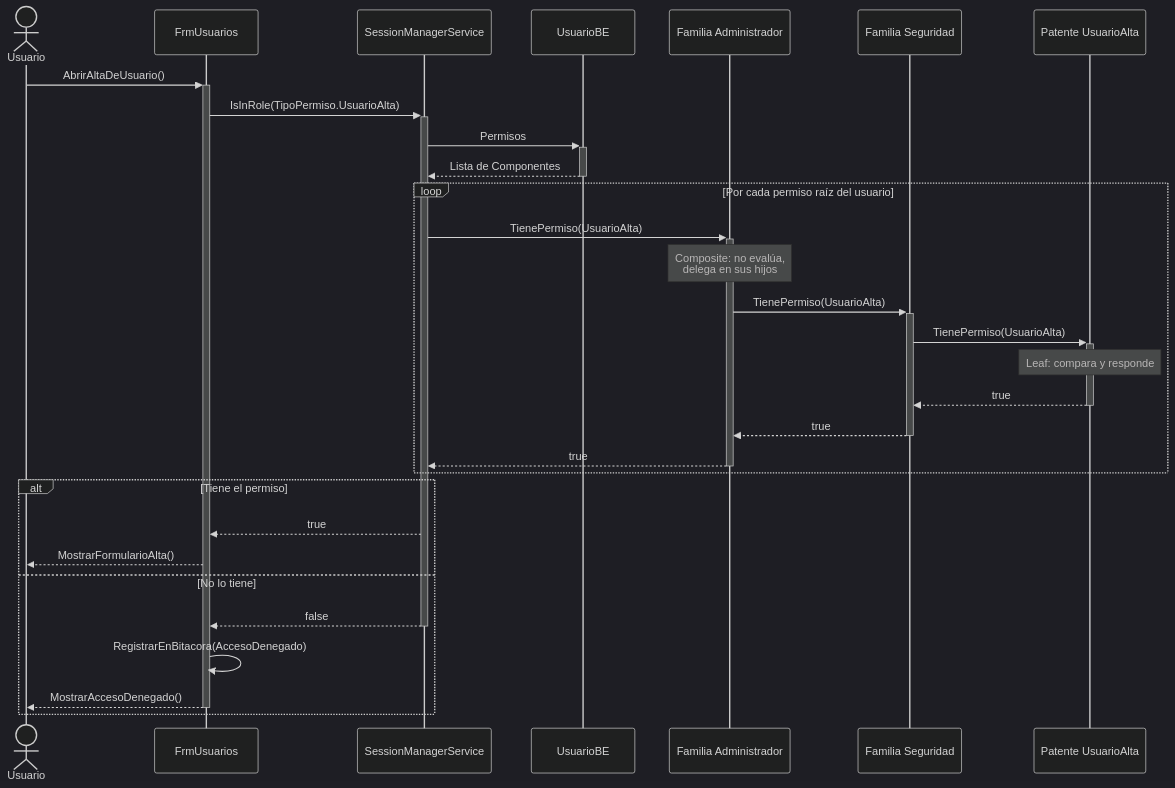
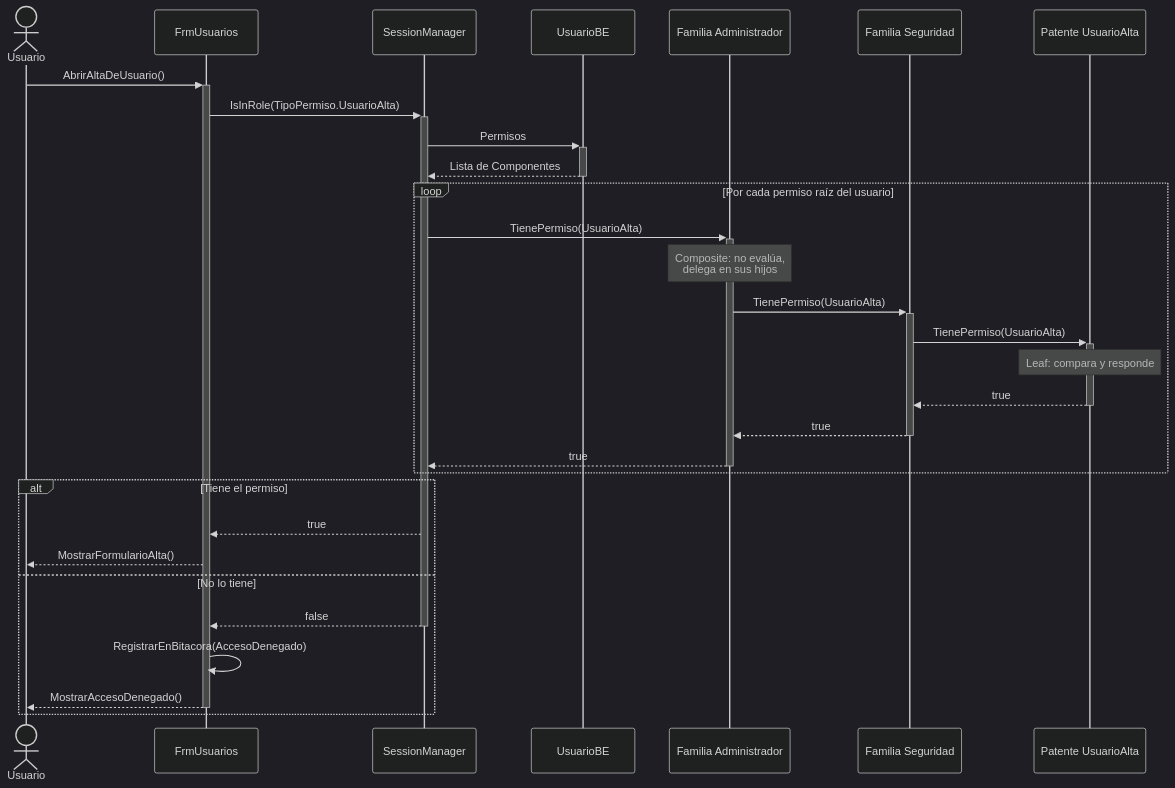
One commit to UAINahueLeandroDefeudi/uai-ing-soft changed the second of 2 diagrams in docs/ERS - Especificación de Requerimientos Software/DS - Diagramas de secuencia/DS-permisos-composite.md. Above: the diagram before and after it, drawn with Mermaid (dark theme). The commit also changed 3 other files, not shown here.

Commit message:
fix: pattern singleton in sessionManager

````diff
--- a/docs/ERS - Especificación de Requerimientos Software/DS - Diagramas de secuencia/DS-permisos-composite.md
+++ b/docs/ERS - Especificación de Requerimientos Software/DS - Diagramas de secuencia/DS-permisos-composite.md
@@ -57,35 +57,35 @@
 ```mermaid
 sequenceDiagram
     actor Usuario
     participant UI as FrmUsuarios
-    participant Sess as SessionManagerService
+    participant Sess as SessionManager
     participant U as UsuarioBE
     participant Adm as Familia Administrador
     participant Seg as Familia Seguridad
     participant Pat as Patente UsuarioAlta
 
     Usuario->>+UI: AbrirAltaDeUsuario()
     UI->>+Sess: IsInRole(TipoPermiso.UsuarioAlta)
     Sess->>+U: Permisos
     U-->>-Sess: Lista de Componentes
 
     loop Por cada permiso raíz del usuario
         Sess->>+Adm: TienePermiso(UsuarioAlta)
         Note over Adm: Composite: no evalúa,<br/>delega en sus hijos
         Adm->>+Seg: TienePermiso(UsuarioAlta)
         Seg->>+Pat: TienePermiso(UsuarioAlta)
         Note over Pat: Leaf: compara y responde
         Pat-->>-Seg: true
         Seg-->>-Adm: true
         Adm-->>-Sess: true
     end
 
     alt Tiene el permiso
         Sess-->>UI: true
         UI-->>Usuario: MostrarFormularioAlta()
     else No lo tiene
         Sess-->>-UI: false
         UI->>UI: RegistrarEnBitacora(AccesoDenegado)
         UI-->>-Usuario: MostrarAccesoDenegado()
     end
 ```
````
